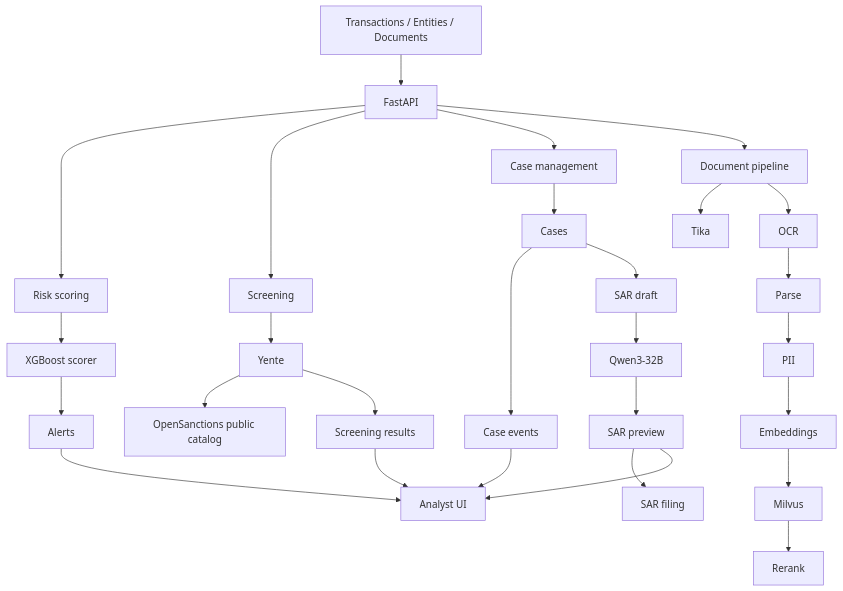
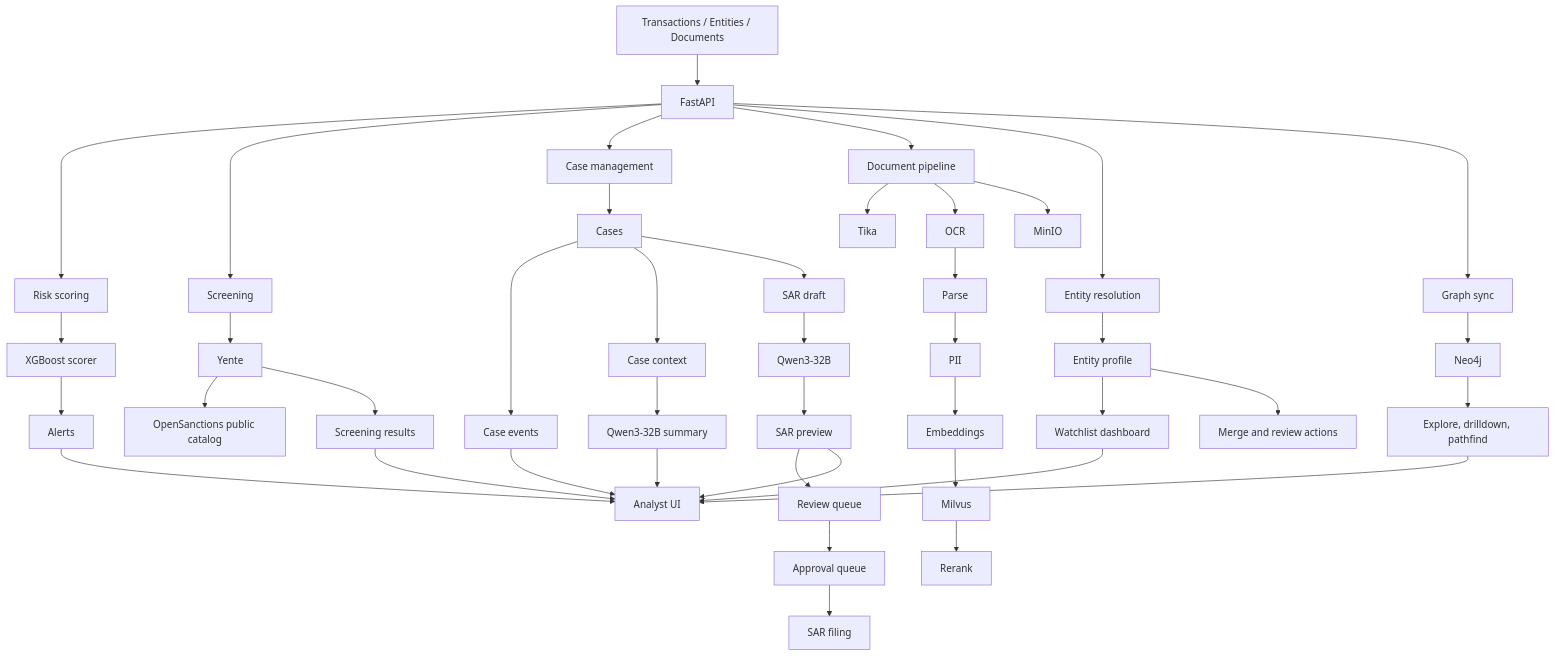
The tenth of 10 diagrams in goaml-v2-project-overview-v3.md (zeshaq/goaml-v2), drawn with Mermaid before and after one commit. The commit also changed other lines of this file and 101 other files, not shown here.

````diff
--- a/goaml-v2-project-overview-v3.md
+++ b/goaml-v2-project-overview-v3.md
@@ -543,35 +847,52 @@
 ```mermaid
 flowchart TD
     A[Transactions / Entities / Documents] --> B[FastAPI]
     B --> C[Risk scoring]
     B --> D[Screening]
     B --> E[Case management]
     B --> F[Document pipeline]
+    B --> G[Entity resolution]
+    B --> H[Graph sync]
 
     C --> C1[XGBoost scorer]
     C1 --> C2[Alerts]
 
     D --> D1[Yente]
     D1 --> D2[OpenSanctions public catalog]
     D1 --> D3[Screening results]
 
     E --> E1[Cases]
     E1 --> E2[Case events]
-    E1 --> E3[SAR draft]
-    E3 --> E4[Qwen3-32B]
-    E4 --> E5[SAR preview]
-    E5 --> E6[SAR filing]
+    E1 --> E3[Case context]
+    E3 --> E4[Qwen3-32B summary]
+    E1 --> E5[SAR draft]
+    E5 --> E6[Qwen3-32B]
+    E6 --> E7[SAR preview]
+    E7 --> E8[Review queue]
+    E8 --> E9[Approval queue]
+    E9 --> E10[SAR filing]
 
     F --> F1[Tika]
     F --> F2[OCR]
     F2 --> F3[Parse]
     F3 --> F4[PII]
     F4 --> F5[Embeddings]
     F5 --> F6[Milvus]
     F6 --> F7[Rerank]
+    F --> F8[MinIO]
+
+    G --> G1[Entity profile]
+    G1 --> G2[Watchlist dashboard]
+    G1 --> G3[Merge and review actions]
+
+    H --> H1[Neo4j]
+    H1 --> H2[Explore, drilldown, pathfind]
 
     C2 --> UI[Analyst UI]
     D3 --> UI
     E2 --> UI
-    E5 --> UI
+    E4 --> UI
+    E7 --> UI
+    G2 --> UI
+    H2 --> UI
 ```
````
